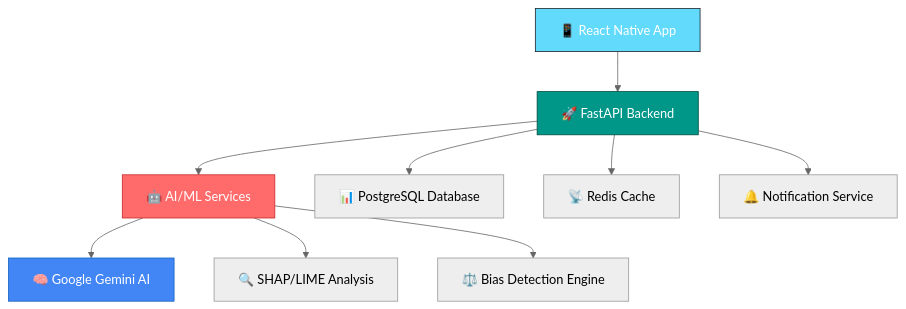
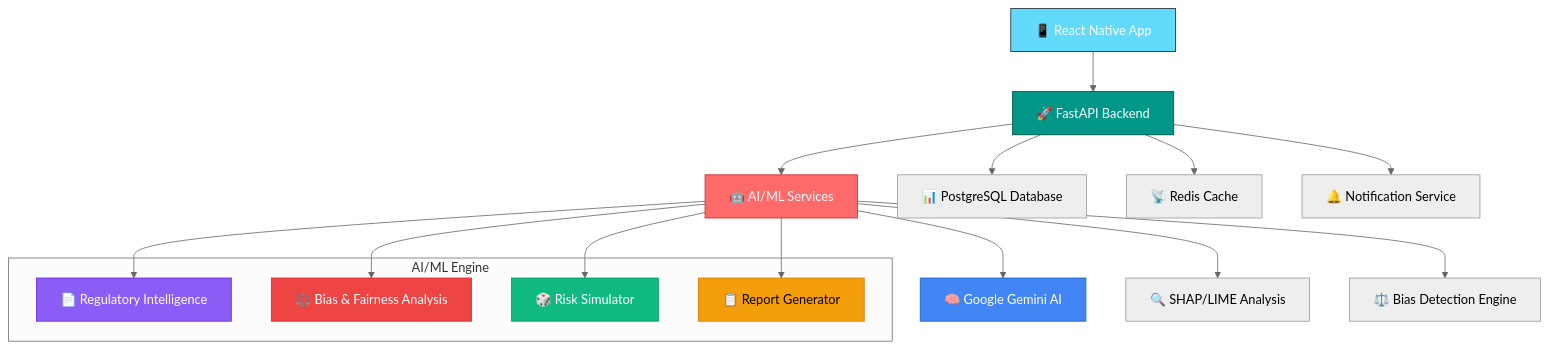
The diagram in README.md (bhuwanb23/regiq), drawn with Mermaid (neutral theme) before and after one commit. The commit also changed other lines of this file and 1 other file, not shown here.

````diff
--- a/README.md
+++ b/README.md
@@ -113,16 +96,32 @@
 ```mermaid
 graph TB
     A[📱 React Native App] --> B[🚀 FastAPI Backend]
     B --> C[🤖 AI/ML Services]
     B --> D[📊 PostgreSQL Database]
     C --> E[🧠 Google Gemini AI]
     C --> F[🔍 SHAP/LIME Analysis]
     C --> G[⚖️ Bias Detection Engine]
     B --> H[📡 Redis Cache]
     B --> I[🔔 Notification Service]
     
+    subgraph "AI/ML Engine"
+        J[📄 Regulatory Intelligence]
+        K[⚖️ Bias & Fairness Analysis]
+        L[🎲 Risk Simulator]
+        M[📋 Report Generator]
+    end
+    
+    C --> J
+    C --> K
+    C --> L
+    C --> M
+    
     style A fill:#61DAFB,stroke:#20232A,color:#fff
     style B fill:#009688,stroke:#004D40,color:#fff
     style C fill:#FF6B6B,stroke:#C92A2A,color:#fff
     style E fill:#4285F4,stroke:#1565C0,color:#fff
+    style J fill:#8B5CF6,stroke:#6D28D9,color:#fff
+    style K fill:#EF4444,stroke:#DC2626,color:#fff
+    style L fill:#10B981,stroke:#059669,color:#fff
+    style M fill:#F59E0B,stroke:#D97706,color:#000
 ```
````
